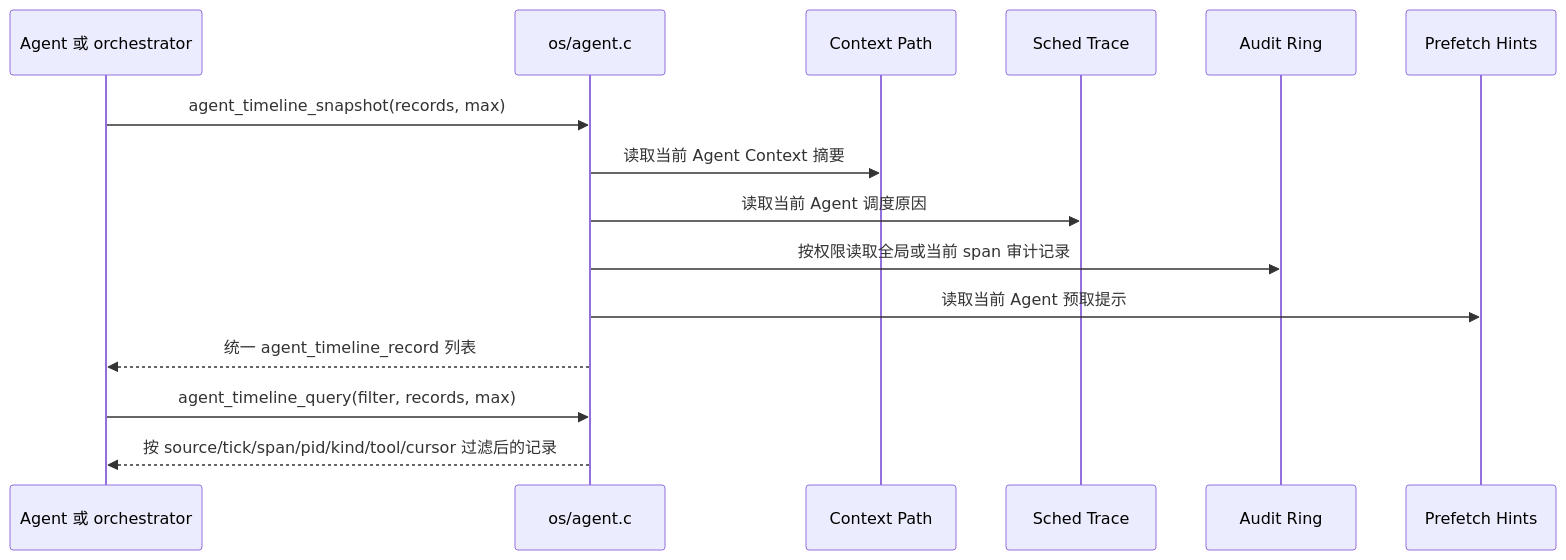
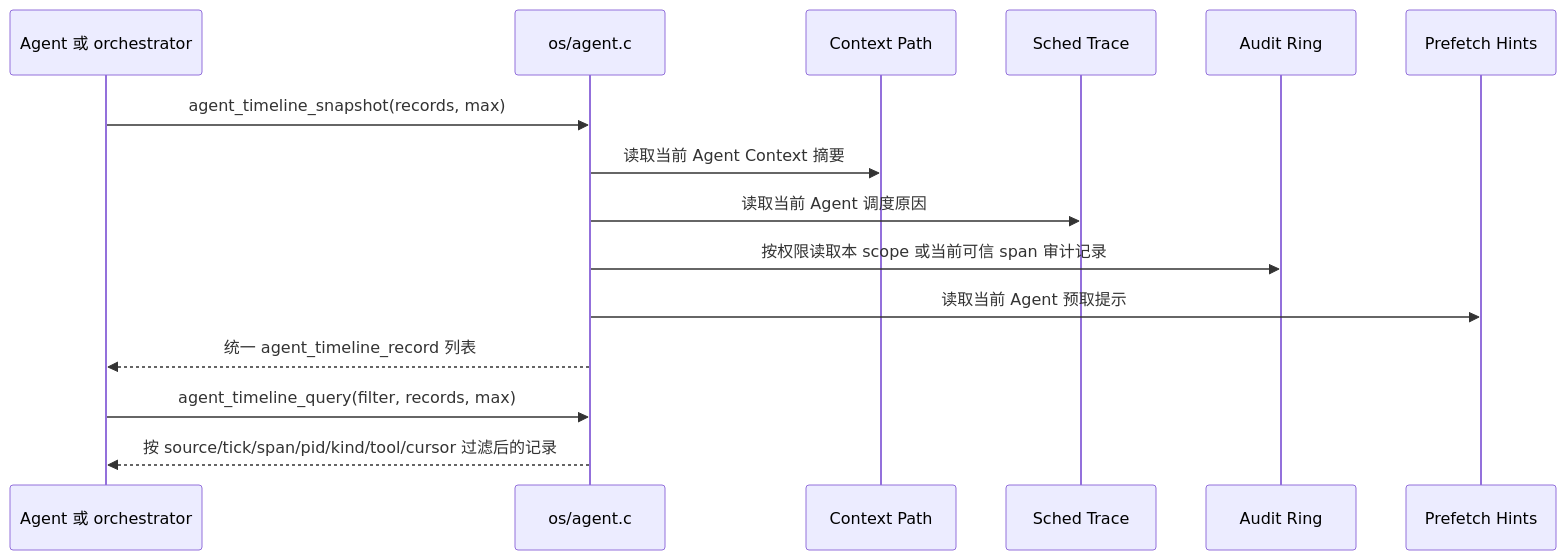
One commit to yushugulao/Agent-OS changed the eighth of 11 diagrams in docs/agentos/design.md. Above: the diagram before and after it, drawn with Mermaid. The commit also changed other lines of this file and 51 other files, not shown here.

````diff
--- a/docs/agentos/design.md
+++ b/docs/agentos/design.md
@@ -274,17 +285,17 @@
 ```mermaid
 sequenceDiagram
     participant U as Agent 或 orchestrator
     participant A as os/agent.c
     participant C as Context Path
     participant S as Sched Trace
     participant G as Audit Ring
     participant P as Prefetch Hints
     U->>A: agent_timeline_snapshot(records, max)
     A->>C: 读取当前 Agent Context 摘要
     A->>S: 读取当前 Agent 调度原因
-    A->>G: 按权限读取全局或当前 span 审计记录
+    A->>G: 按权限读取本 scope 或当前可信 span 审计记录
     A->>P: 读取当前 Agent 预取提示
     A-->>U: 统一 agent_timeline_record 列表
     U->>A: agent_timeline_query(filter, records, max)
     A-->>U: 按 source/tick/span/pid/kind/tool/cursor 过滤后的记录
 ```
````
